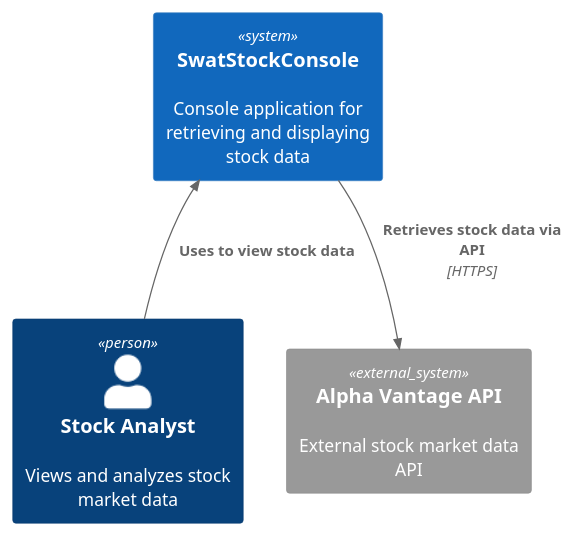
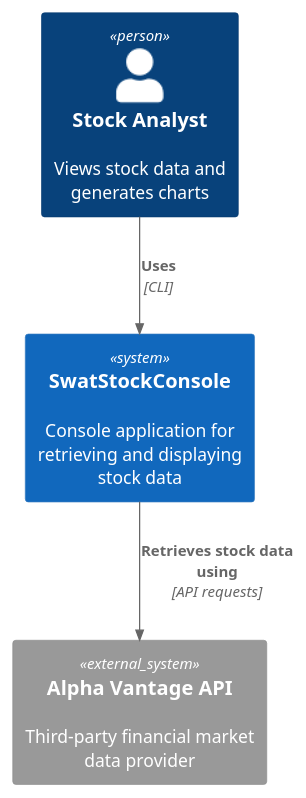
The diagram in docs/c4/diagrams/c4_context.puml (ostaubzug/SwatStockConsole), drawn with PlantUML before and after one commit. The commit also changed 7 other files, not shown here.

```diff
--- a/docs/c4/diagrams/c4_context.puml
+++ b/docs/c4/diagrams/c4_context.puml
@@ -1,10 +1,12 @@
 @startuml
+!include https://raw.githubusercontent.com/plantuml-stdlib/C4-PlantUML/master/C4_Container.puml
+!include https://raw.githubusercontent.com/plantuml-stdlib/C4-PlantUML/master/C4_Component.puml
 !include https://raw.githubusercontent.com/plantuml-stdlib/C4-PlantUML/master/C4_Context.puml
 
-Person(stock_analyst, "Stock Analyst", "Views and analyzes stock market data")
-System(swat_stock, "SwatStockConsole", "Console application for retrieving and displaying stock data")
-System_Ext(alpha_vantage, "Alpha Vantage API", "External stock market data API")
+Person(stock_analyst, "Stock Analyst", "Views stock data and generates charts")
+System(swat_stock_console, "SwatStockConsole", "Console application for retrieving and displaying stock data")
+System_Ext(alpha_vantage, "Alpha Vantage API", "Third-party financial market data provider")
 
-Rel_U(stock_analyst, swat_stock, "Uses to view stock data")
-Rel_D(swat_stock, alpha_vantage, "Retrieves stock data via API", "HTTPS")
+Rel(stock_analyst, swat_stock_console, "Uses", "CLI")
+Rel(swat_stock_console, alpha_vantage, "Retrieves stock data using", "API requests")
 @enduml
```
